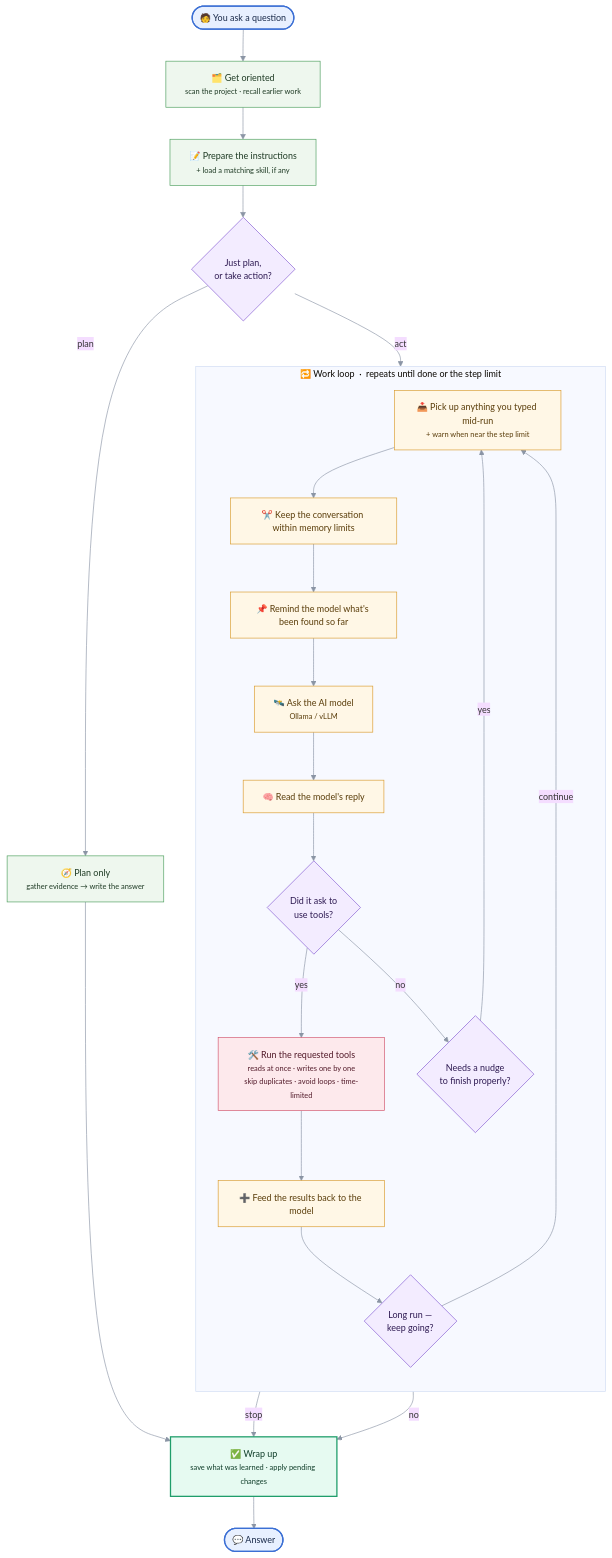
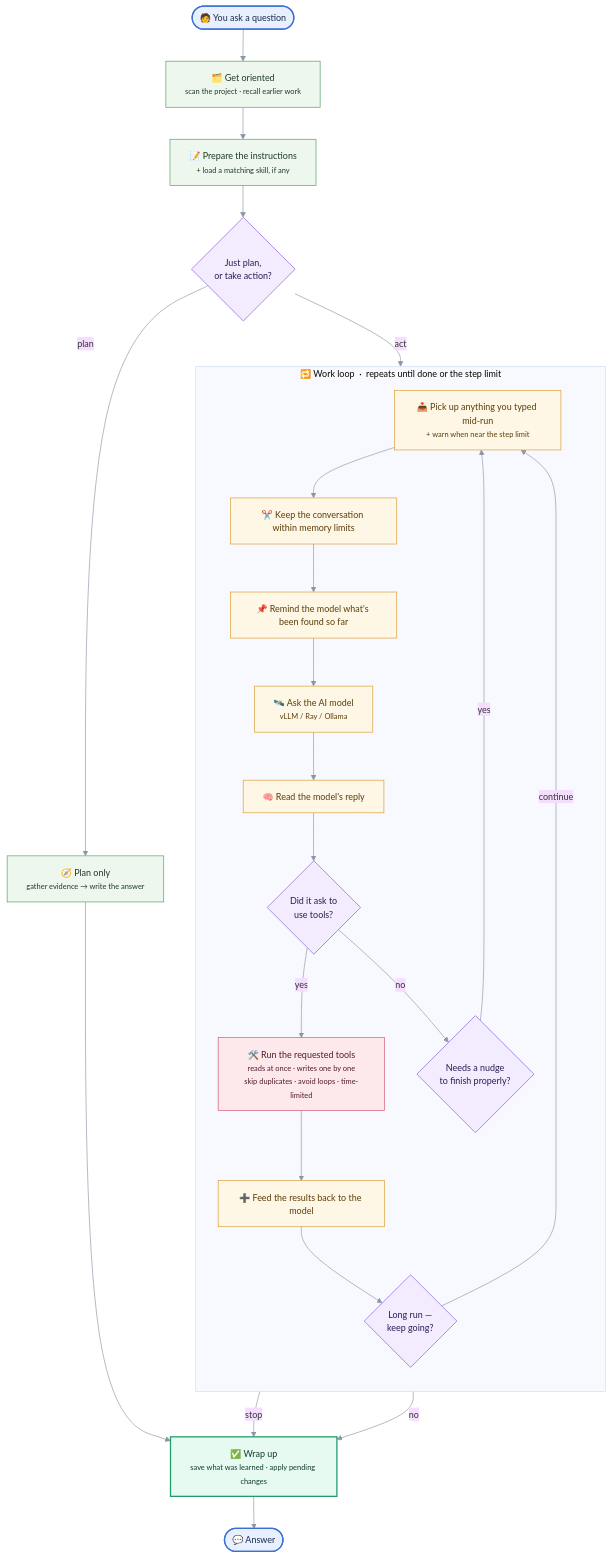
The diagram in README.md (MIMIR-LLM4CSE/MIMIR), drawn with Mermaid before and after one commit. The commit also changed other lines of this file and 33 other files, not shown here.

````diff
--- a/README.md
+++ b/README.md
@@ -205,42 +214,42 @@
 ```mermaid
 %%{init: {'theme':'base','themeVariables':{'fontSize':'14px','lineColor':'#8b95a5','primaryBorderColor':'#5b6270'}}}%%
 flowchart TD
     Q(["🧑 You ask a question"]) --> CTX["🗂️ Get oriented<br/><small>scan the project · recall earlier work</small>"]
     CTX --> SYS["📝 Prepare the instructions<br/><small>+ load a matching skill, if any</small>"]
     SYS --> MODE{"Just plan,<br/>or take action?"}
     MODE -->|plan| PLAN["🧭 Plan only<br/><small>gather evidence → write the answer</small>"]
     MODE -->|act| STEER
 
     subgraph LOOP ["&nbsp;🔁 Work loop &nbsp;·&nbsp; repeats until done or the step limit&nbsp;"]
         direction TB
         STEER["📥 Pick up anything you typed mid-run<br/><small>+ warn when near the step limit</small>"] --> BUDGET["✂️ Keep the conversation within memory limits"]
-        BUDGET --> PIN["📌 Remind the model what's been found so far"] --> CALL["🛰️ Ask the AI model<br/><small>Ollama / vLLM</small>"]
+        BUDGET --> PIN["📌 Remind the model what's been found so far"] --> CALL["🛰️ Ask the AI model<br/><small>vLLM / Ray / Ollama</small>"]
         CALL --> RESP["🧠 Read the model's reply"]
         RESP --> TC{"Did it ask to<br/>use tools?"}
         TC -->|yes| DISP["🛠️ Run the requested tools<br/><small>reads at once · writes one by one<br/>skip duplicates · avoid loops · time-limited</small>"]
         DISP --> INJ["➕ Feed the results back to the model"]
         INJ --> CHK{"Long run —<br/>keep going?"}
         CHK -->|continue| STEER
         TC -->|no| NUDGE{"Needs a nudge<br/>to finish properly?"}
         NUDGE -->|"yes"| STEER
     end
 
     CHK -->|stop| DONE
     NUDGE -->|no| DONE["✅ Wrap up<br/><small>save what was learned · apply pending changes</small>"]
     PLAN --> DONE
     DONE --> A(["💬 Answer"])
 
     classDef entry fill:#e8f0ff,stroke:#3b6fd4,stroke-width:2px,color:#1a2a4a;
     classDef prep fill:#eef7ee,stroke:#4a9d5b,color:#1e3a24;
     classDef step fill:#fff7e6,stroke:#d99a2b,color:#5a3d0a;
     classDef decision fill:#f3ecff,stroke:#8257d1,color:#2e1a52;
     classDef action fill:#fde9ec,stroke:#d1526b,color:#521a29;
     classDef done fill:#e6faf1,stroke:#1f9d6a,stroke-width:2px,color:#0f3d29;
 
     class Q,A entry;
     class CTX,SYS,PLAN prep;
     class STEER,BUDGET,PIN,CALL,RESP,INJ step;
     class MODE,TC,CHK,NUDGE decision;
     class DISP action;
     class DONE done;
 ```
````
